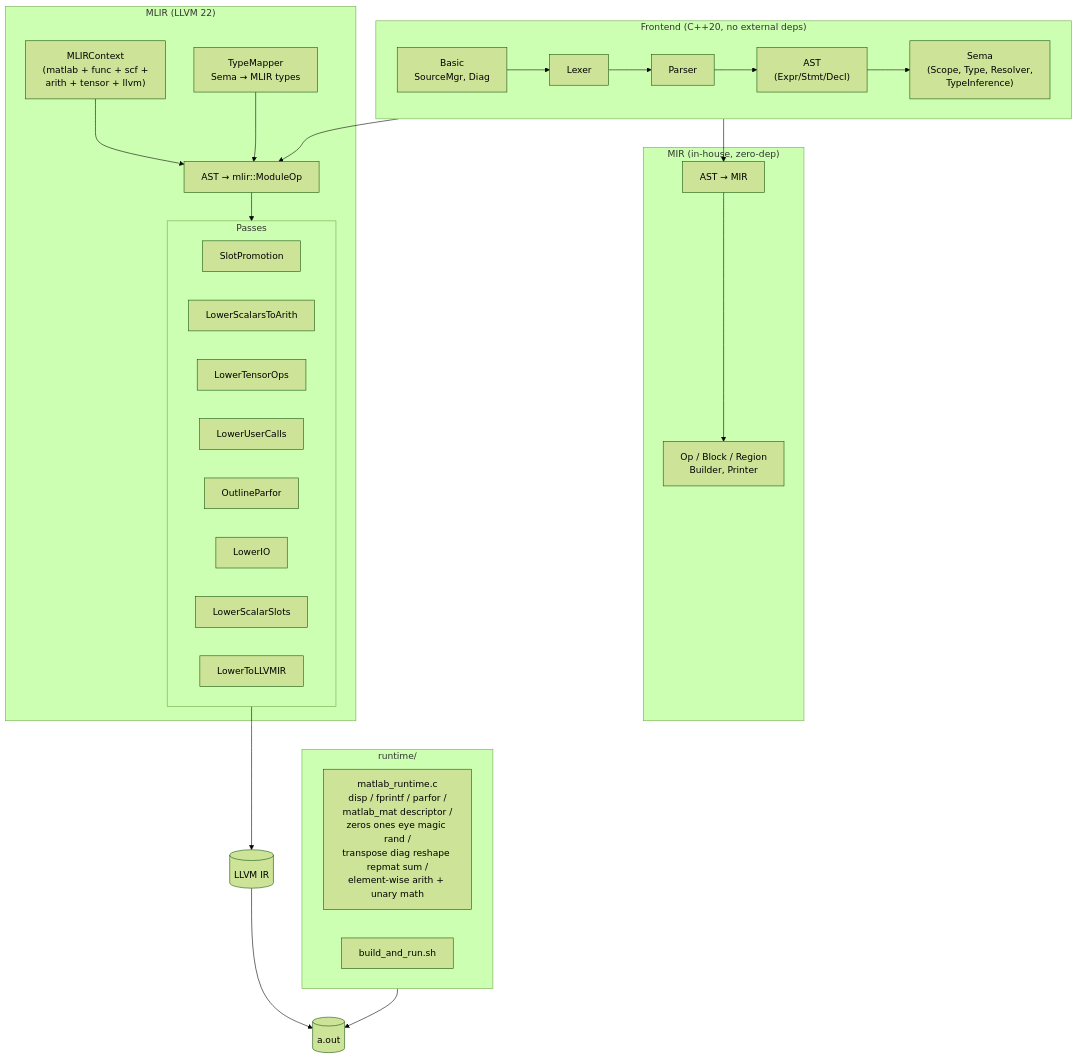
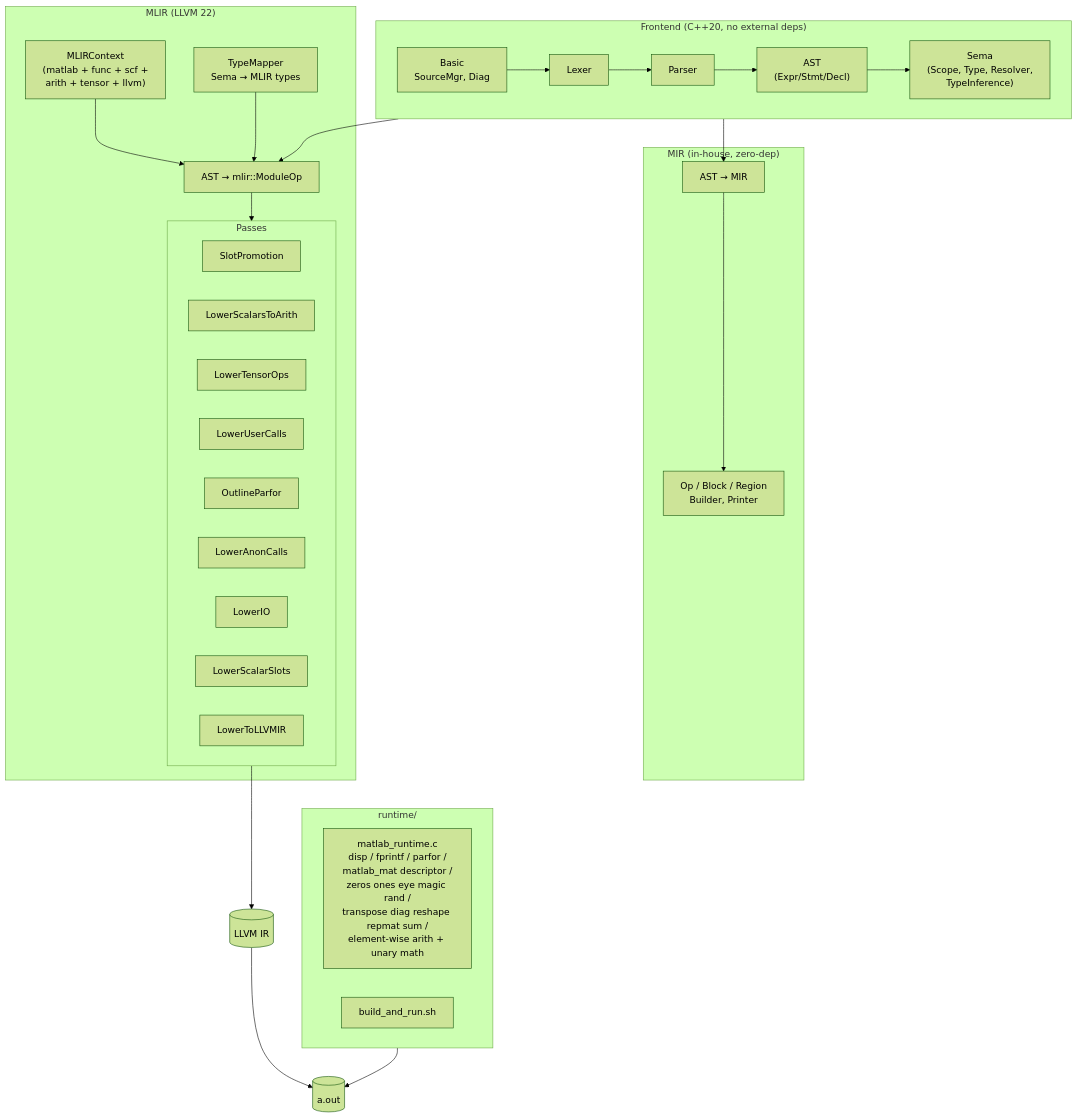
One commit to leonardoaraujosantos/matlab_llvm changed the second of 4 diagrams in README.md. Above: the diagram before and after it, drawn with Mermaid (forest theme). The commit also changed other lines of this file, not shown here.

````diff
--- a/README.md
+++ b/README.md
@@ -141,47 +152,48 @@
 ```mermaid
 flowchart TD
   subgraph Frontend["Frontend (C++20, no external deps)"]
     direction LR
     Basic["Basic<br/>SourceMgr, Diag"]
     Lex[Lexer]
     Parse[Parser]
     AST["AST<br/>(Expr/Stmt/Decl)"]
     Sema["Sema<br/>(Scope, Type, Resolver,<br/>TypeInference)"]
     Basic --> Lex --> Parse --> AST --> Sema
   end
 
   subgraph MIRB["MIR (in-house, zero-dep)"]
     MIR["Op / Block / Region<br/>Builder, Printer"]
     Lowering1["AST → MIR"]
   end
 
   subgraph MLIRB["MLIR (LLVM 22)"]
     Context["MLIRContext<br/>(matlab + func + scf +<br/>arith + tensor + llvm)"]
     TypeMap["TypeMapper<br/>Sema → MLIR types"]
     Lowering2["AST → mlir::ModuleOp"]
     subgraph Passes["Passes"]
       SP[SlotPromotion]
       LSA[LowerScalarsToArith]
       LTO[LowerTensorOps]
       LUC[LowerUserCalls]
       LPF[OutlineParfor]
+      LAC[LowerAnonCalls]
       LIO[LowerIO]
       LSS[LowerScalarSlots]
       LTL[LowerToLLVMIR]
     end
     Context --> Lowering2 --> Passes
   end
 
   subgraph RT["runtime/"]
     direction LR
     Shim["matlab_runtime.c<br/>disp / fprintf / parfor /<br/>matlab_mat descriptor /<br/>zeros ones eye magic rand /<br/>transpose diag reshape repmat sum /<br/>element-wise arith + unary math"]
     Build["build_and_run.sh"]
   end
 
   Sema --> Lowering1 --> MIR
   Sema --> Lowering2
   TypeMap --> Lowering2
   Passes --> LLVMIR[("LLVM IR")]
   Shim --> Exe
   LLVMIR --> Exe[("a.out")]
 ```
````
